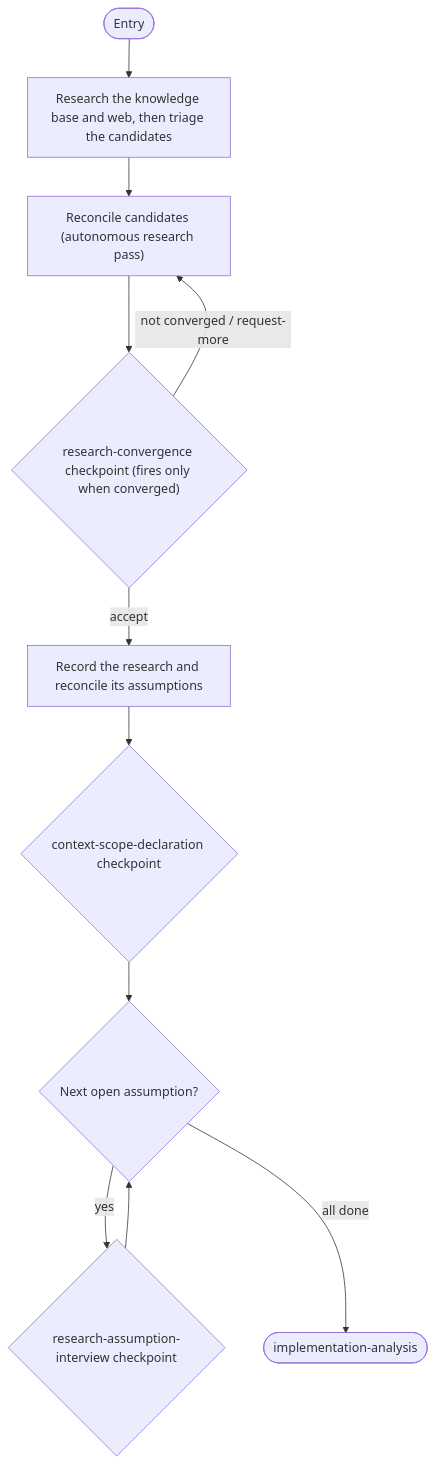
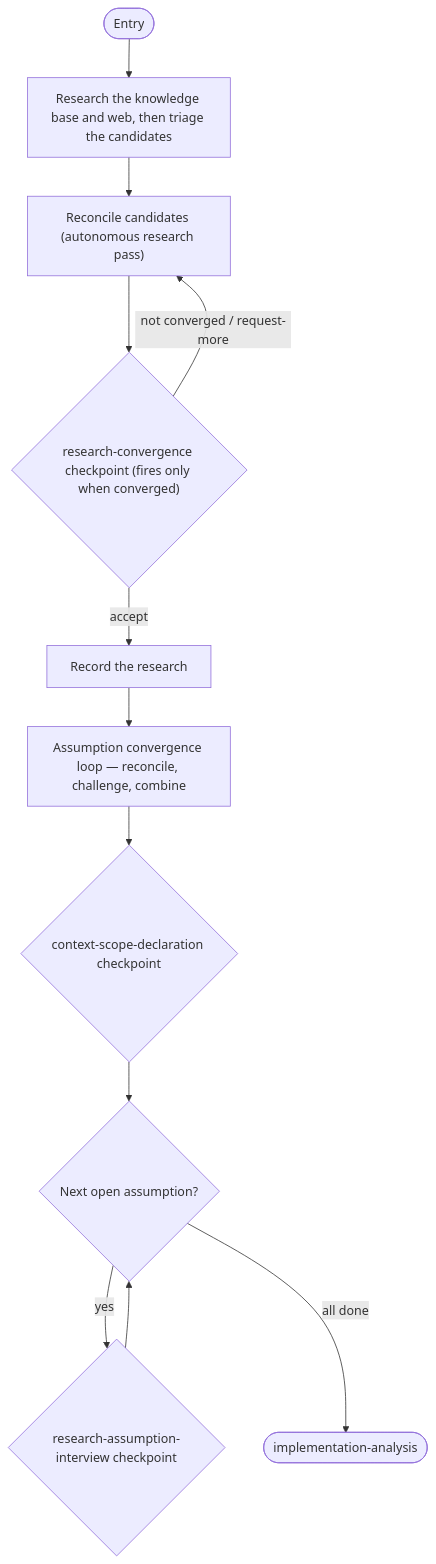
One commit to m2ux/workflow-server changed the fifth of 15 diagrams in work-package/activities/README.md. Above: the diagram before and after it, drawn with Mermaid. The commit also changed other lines of this file and 1 other file, not shown here.

First line of the commit message:
Draw the workflow and activity diagrams from the binds

````diff
--- a/work-package/activities/README.md
+++ b/work-package/activities/README.md
@@ -137,14 +138,15 @@
 ```mermaid
 graph TD
     entryNode(["Entry"]) --> kbResearch["Research the knowledge base and web, then triage the candidates"]
     kbResearch --> reconcileRes["Reconcile candidates (autonomous research pass)"]
     reconcileRes --> cpConverge{"research-convergence checkpoint (fires only when converged)"}
     cpConverge -->|"not converged / request-more"| reconcileRes
-    cpConverge -->|"accept"| recordResearch["Record the research and reconcile its assumptions"]
+    cpConverge -->|"accept"| recordResearch["Record the research"]
+    recordResearch --> converge["Assumption convergence loop — reconcile, challenge, combine"]
 
-    recordResearch --> cpScope{"context-scope-declaration checkpoint"}
+    converge --> cpScope{"context-scope-declaration checkpoint"}
     cpScope --> interviewLoop{"Next open assumption?"}
     interviewLoop -->|"yes"| cpInterview{"research-assumption-interview checkpoint"}
     cpInterview --> interviewLoop
     interviewLoop -->|"all done"| exitNode(["implementation-analysis"])
 ```
````
